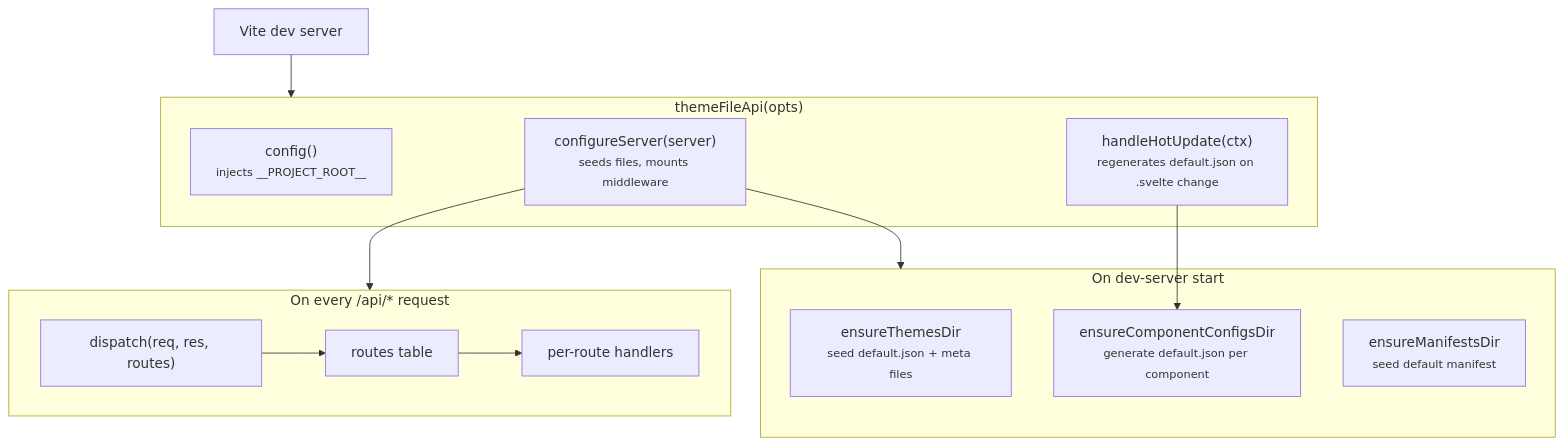
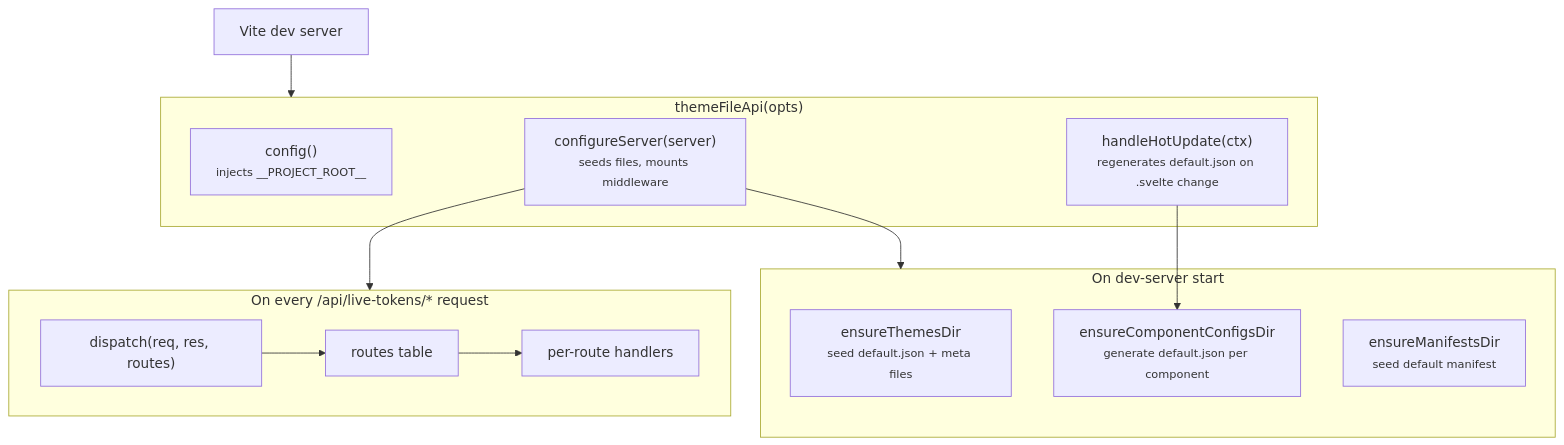
One commit to motionproto/live-tokens changed the first of 3 diagrams in docs/06-dev-server-plugin.md. Above: the diagram before and after it, drawn with Mermaid. The commit also changed other lines of this file and 30 other files, not shown here.

````diff
--- a/docs/06-dev-server-plugin.md
+++ b/docs/06-dev-server-plugin.md
@@ -37,27 +69,27 @@
 ```mermaid
 flowchart TB
     Vite[Vite dev server]
     subgraph Plugin["themeFileApi(opts)"]
         Config["config()<br/><small>injects __PROJECT_ROOT__</small>"]
         Configure["configureServer(server)<br/><small>seeds files, mounts middleware</small>"]
         HMR["handleHotUpdate(ctx)<br/><small>regenerates default.json on .svelte change</small>"]
     end
 
     subgraph Boot["On dev-server start"]
         SeedThemes["ensureThemesDir<br/><small>seed default.json + meta files</small>"]
         SeedComps["ensureComponentConfigsDir<br/><small>generate default.json per component</small>"]
         SeedMan["ensureManifestsDir<br/><small>seed default manifest</small>"]
     end
 
-    subgraph Middleware["On every /api/* request"]
+    subgraph Middleware["On every /api/live-tokens/* request"]
         Dispatch["dispatch(req, res, routes)"]
         Routes[routes table]
         Handlers[per-route handlers]
     end
 
     Vite --> Plugin
     Configure --> Boot
     Configure --> Middleware
     Dispatch --> Routes --> Handlers
     HMR --> SeedComps
 ```
````
